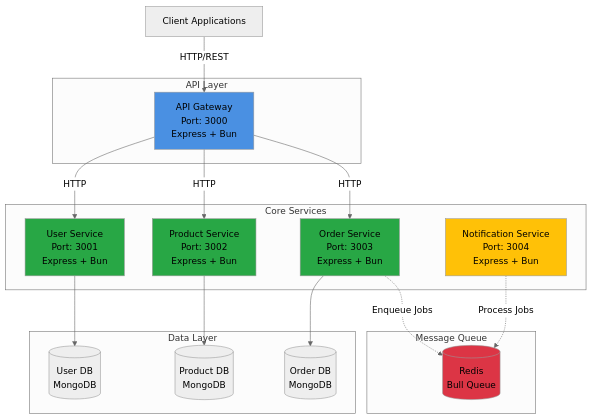
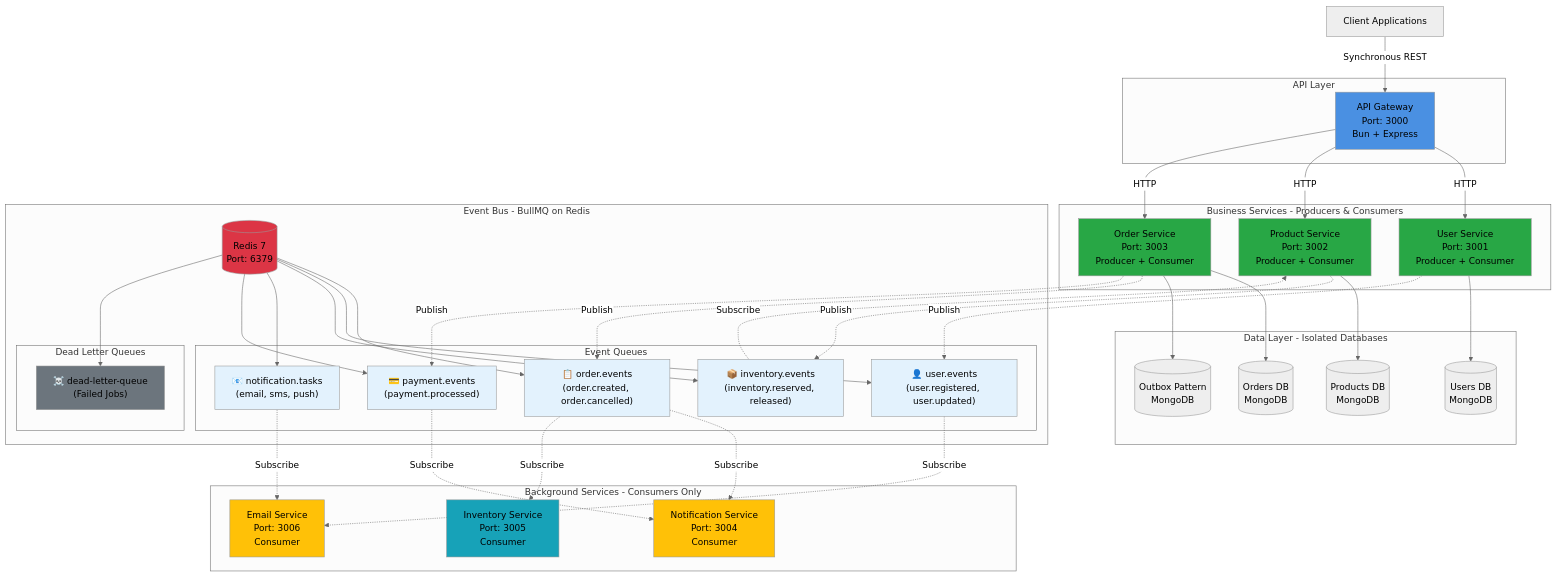
The first of 6 diagrams in docs/spec.md (BabaScience/ecom-microservices), drawn with Mermaid (neutral theme) before and after one commit. The commit also changed other lines of this file, not shown here.

First line of the commit message:
Enhance architecture specification for e-commerce microservices

````diff
--- a/docs/spec.md
+++ b/docs/spec.md
@@ -25,27 +31,45 @@
     Client[Client Applications]
     
     subgraph "API Layer"
-        Gateway[API Gateway<br/>Port: 3000<br/>Express + Bun]
+        Gateway[API Gateway<br/>Port: 3000<br/>Bun + Express]
     end
     
-    subgraph "Core Services"
-        UserSvc[User Service<br/>Port: 3001<br/>Express + Bun]
-        ProductSvc[Product Service<br/>Port: 3002<br/>Express + Bun]
-        OrderSvc[Order Service<br/>Port: 3003<br/>Express + Bun]
-        NotificationSvc[Notification Service<br/>Port: 3004<br/>Express + Bun]
+    subgraph "Business Services - Producers & Consumers"
+        UserSvc[User Service<br/>Port: 3001<br/>Producer + Consumer]
+        ProductSvc[Product Service<br/>Port: 3002<br/>Producer + Consumer]
+        OrderSvc[Order Service<br/>Port: 3003<br/>Producer + Consumer]
     end
     
-    subgraph "Data Layer"
-        UserDB[(User DB<br/>MongoDB)]
-        ProductDB[(Product DB<br/>MongoDB)]
-        OrderDB[(Order DB<br/>MongoDB)]
+    subgraph "Background Services - Consumers Only"
+        NotificationSvc[Notification Service<br/>Port: 3004<br/>Consumer]
+        InventorySvc[Inventory Service<br/>Port: 3005<br/>Consumer]
+        EmailSvc[Email Service<br/>Port: 3006<br/>Consumer]
     end
     
-    subgraph "Message Queue"
-        Redis[(Redis<br/>Bull Queue)]
+    subgraph "Data Layer - Isolated Databases"
+        UserDB[(Users DB<br/>MongoDB)]
+        ProductDB[(Products DB<br/>MongoDB)]
+        OrderDB[(Orders DB<br/>MongoDB)]
+        OutboxDB[(Outbox Pattern<br/>MongoDB)]
     end
     
-    Client -->|HTTP/REST| Gateway
+    subgraph "Event Bus - BullMQ on Redis"
+        Redis[(Redis 7<br/>Port: 6379)]
+        
+        subgraph "Event Queues"
+            OrderQ["📋 order.events<br/>(order.created, order.cancelled)"]
+            UserQ["👤 user.events<br/>(user.registered, user.updated)"]
+            InventoryQ["📦 inventory.events<br/>(inventory.reserved, released)"]
+            NotificationQ["📧 notification.tasks<br/>(email, sms, push)"]
+            PaymentQ["💳 payment.events<br/>(payment.processed)"]
+        end
+        
+        subgraph "Dead Letter Queues"
+            DLQ["☠️ dead-letter-queue<br/>(Failed Jobs)"]
+        end
+    end
+    
+    Client -->|Synchronous REST| Gateway
     Gateway -->|HTTP| UserSvc
     Gateway -->|HTTP| ProductSvc
     Gateway -->|HTTP| OrderSvc
@@ -53,9 +77,27 @@
     UserSvc --> UserDB
     ProductSvc --> ProductDB
     OrderSvc --> OrderDB
+    OrderSvc --> OutboxDB
     
-    OrderSvc -.->|Enqueue Jobs| Redis
-    NotificationSvc -.->|Process Jobs| Redis
+    UserSvc -.->|Publish| UserQ
+    OrderSvc -.->|Publish| OrderQ
+    OrderSvc -.->|Publish| PaymentQ
+    ProductSvc -.->|Publish| InventoryQ
+    
+    Redis --> OrderQ
+    Redis --> UserQ
+    Redis --> InventoryQ
+    Redis --> NotificationQ
+    Redis --> PaymentQ
+    Redis --> DLQ
+    
+    OrderQ -.->|Subscribe| NotificationSvc
+    OrderQ -.->|Subscribe| InventorySvc
+    UserQ -.->|Subscribe| EmailSvc
+    InventoryQ -.->|Subscribe| ProductSvc
+    PaymentQ -.->|Subscribe| NotificationSvc
+    
+    NotificationQ -.->|Subscribe| EmailSvc
     
     style Gateway fill:#4A90E2
     style Redis fill:#DC3545
@@ -63,4 +105,12 @@
     style ProductSvc fill:#28A745
     style OrderSvc fill:#28A745
     style NotificationSvc fill:#FFC107
+    style InventorySvc fill:#17A2B8
+    style EmailSvc fill:#FFC107
+    style DLQ fill:#6C757D
+    style OrderQ fill:#E3F2FD
+    style UserQ fill:#E3F2FD
+    style InventoryQ fill:#E3F2FD
+    style NotificationQ fill:#E3F2FD
+    style PaymentQ fill:#E3F2FD
 ```
````
